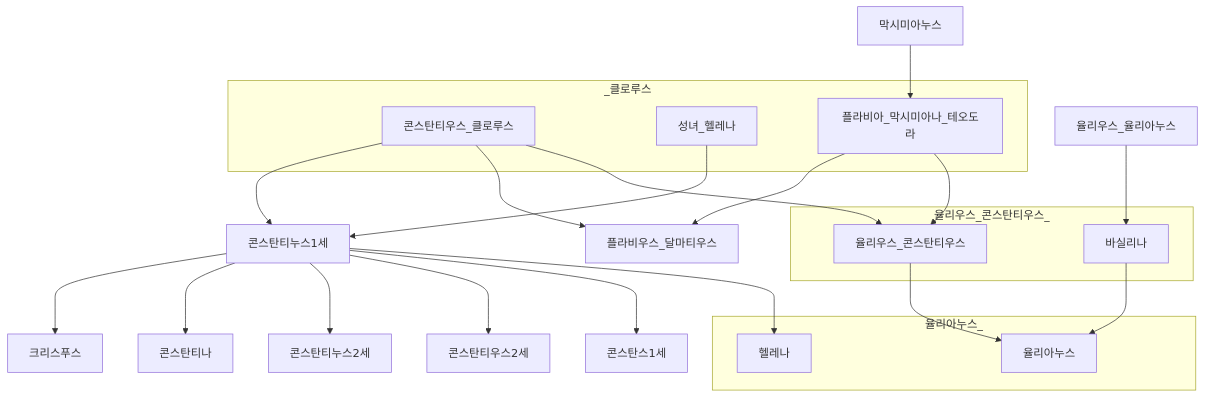
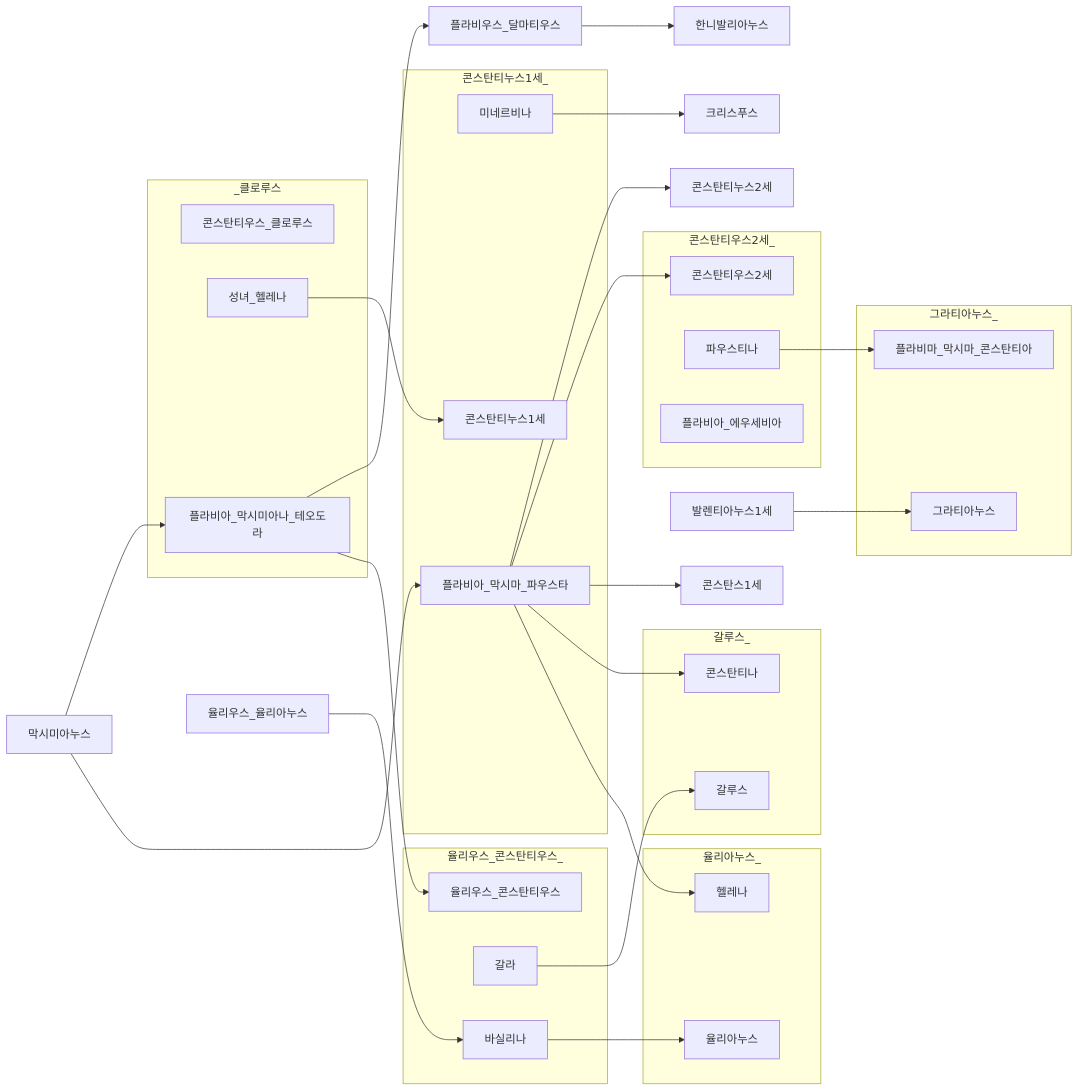
The first of 2 diagrams in 세계사/율리아누스중심.md (daewonyoon/historigram), drawn with Mermaid before and after one commit. The commit also changed other lines of this file, not shown here.

Commit message:
율리아누스 중심

````diff
--- a/세계사/율리아누스중심.md
+++ b/세계사/율리아누스중심.md
@@ -1,36 +1,63 @@
 ```mermaid
 
-graph TD
-
-    콘스탄티우스_클로루스 --> 콘스탄티누스1세 --> 크리스푸스
+graph LR
+ 
+    율리우스_율리아누스 --> 바실리나 --> 율리아누스
+    미네르비나 --> 크리스푸스
     subgraph _클로루스
         콘스탄티우스_클로루스
         성녀_헬레나
         플라비아_막시미아나_테오도라
     end
     막시미아누스 --> 플라비아_막시미아나_테오도라
+    막시미아누스 --> 플라비아_막시마_파우스타
 
-    성녀_헬레나 --> 콘스탄티누스1세 --> 콘스탄티나
-    콘스탄티누스1세 --> 콘스탄티누스2세
-    콘스탄티누스1세 --> 콘스탄티우스2세
-    콘스탄티누스1세 --> 콘스탄스1세
-    콘스탄티누스1세 --> 헬레나
+    성녀_헬레나 --> 콘스탄티누스1세
+    플라비아_막시마_파우스타 --> 콘스탄티누스2세
+    플라비아_막시마_파우스타 --> 콘스탄티우스2세
+    플라비아_막시마_파우스타 --> 콘스탄스1세
+    플라비아_막시마_파우스타 --> 콘스탄티나
+    플라비아_막시마_파우스타 --> 헬레나
+플라비우스_달마티우스 --> 한니발리아누스
+    파우스티나 --> 플라비마_막시마_콘스탄티아
+    발렌티아누스1세 --> 그라티아누스
 
-    콘스탄티우스_클로루스 --> 플라비우스_달마티우스
-    콘스탄티우스_클로루스 --> 율리우스_콘스탄티우스 --> 율리아누스
+    subgraph 콘스탄티우스2세_
+        콘스탄티우스2세
+        플라비아_에우세비아
+        파우스티나
+    end
+    
+    갈라 --> 갈루스
     플라비아_막시미아나_테오도라 --> 플라비우스_달마티우스
-    플라비아_막시미아나_테오도라 --> 율리우스_콘스탄티우스 
-    율리우스_율리아누스 --> 바실리나 --> 율리아누스
+    플라비아_막시미아나_테오도라 --> 율리우스_콘스탄티우스
+
+    subgraph 콘스탄티누스1세_
+        콘스탄티누스1세
+        미네르비나
+        플라비아_막시마_파우스타
+    end
+
+    subgraph 그라티아누스_
+      그라티아누스
+      플라비마_막시마_콘스탄티아
+    end
+    
+    subgraph 갈루스_
+        갈루스
+        콘스탄티나
+    end
 
     subgraph 율리우스_콘스탄티우스_
         율리우스_콘스탄티우스
         바실리나
+        갈라
     end
     subgraph 율리아누스_
         율리아누스
         헬레나
     end
 
 
 
 ```
````
